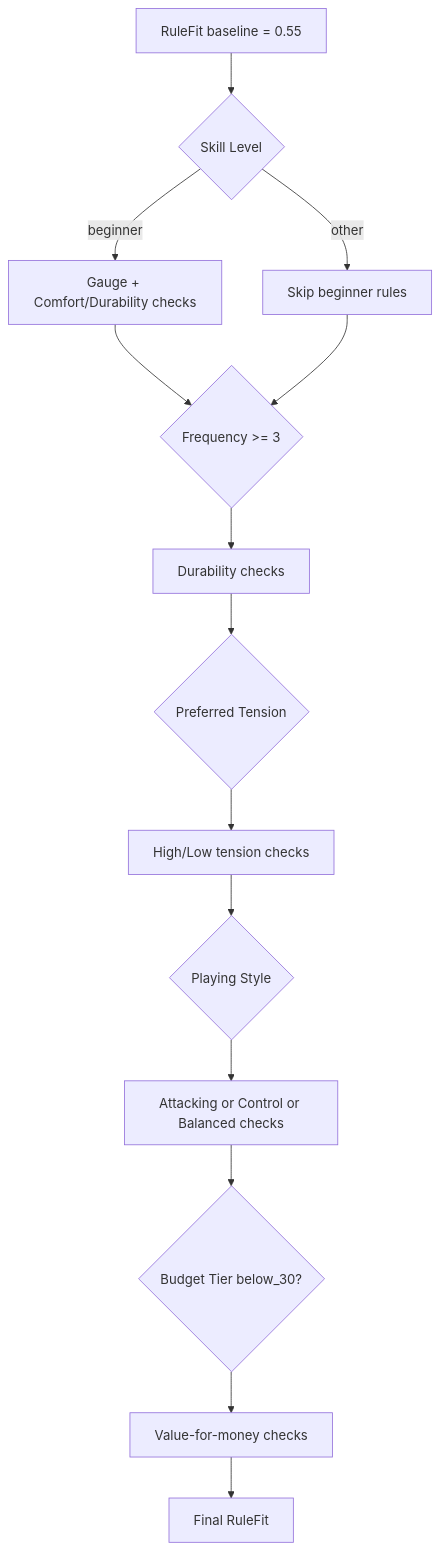
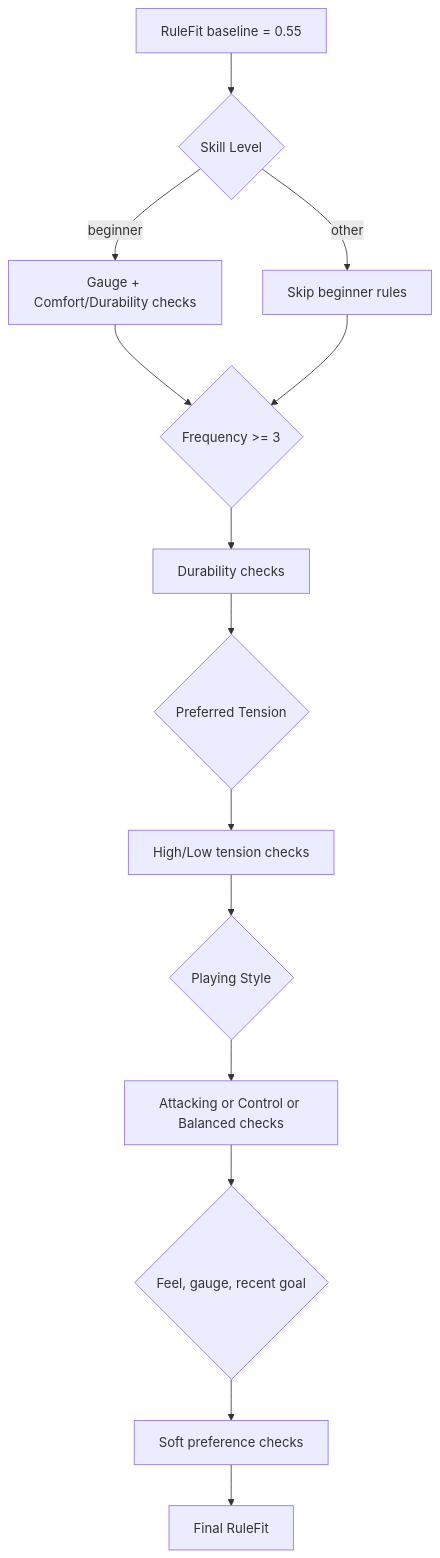
Before and after one commit to Liwei1020T/fyp_utar: the third of 3 diagrams in backend/docs/recommendation-design.md, drawn with Mermaid. The commit also changed other lines of this file and 71 other files, not shown here.

Commit message:
refactor: simplify recommendation scoring architecture

````diff
--- a/backend/docs/recommendation-design.md
+++ b/backend/docs/recommendation-design.md
@@ -174,16 +177,16 @@
 ```mermaid
 flowchart TD
     A[RuleFit baseline = 0.55] --> B{Skill Level}
     B -->|beginner| C[Gauge + Comfort/Durability checks]
     B -->|other| D[Skip beginner rules]
     C --> E{Frequency >= 3}
     D --> E
     E --> F[Durability checks]
     F --> G{Preferred Tension}
     G --> H[High/Low tension checks]
     H --> I{Playing Style}
     I --> J[Attacking or Control or Balanced checks]
-    J --> K{Budget Tier below_30?}
-    K --> L[Value-for-money checks]
+    J --> K{Feel, gauge, recent goal}
+    K --> L[Soft preference checks]
     L --> M[Final RuleFit]
 ```
````
